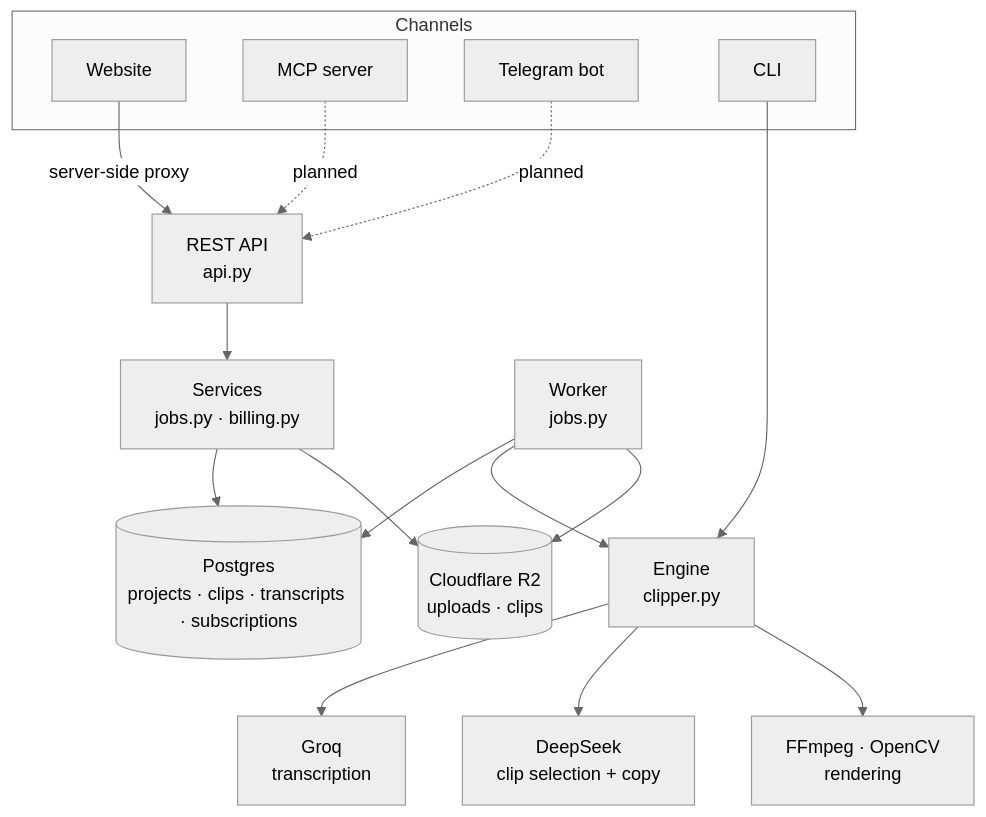
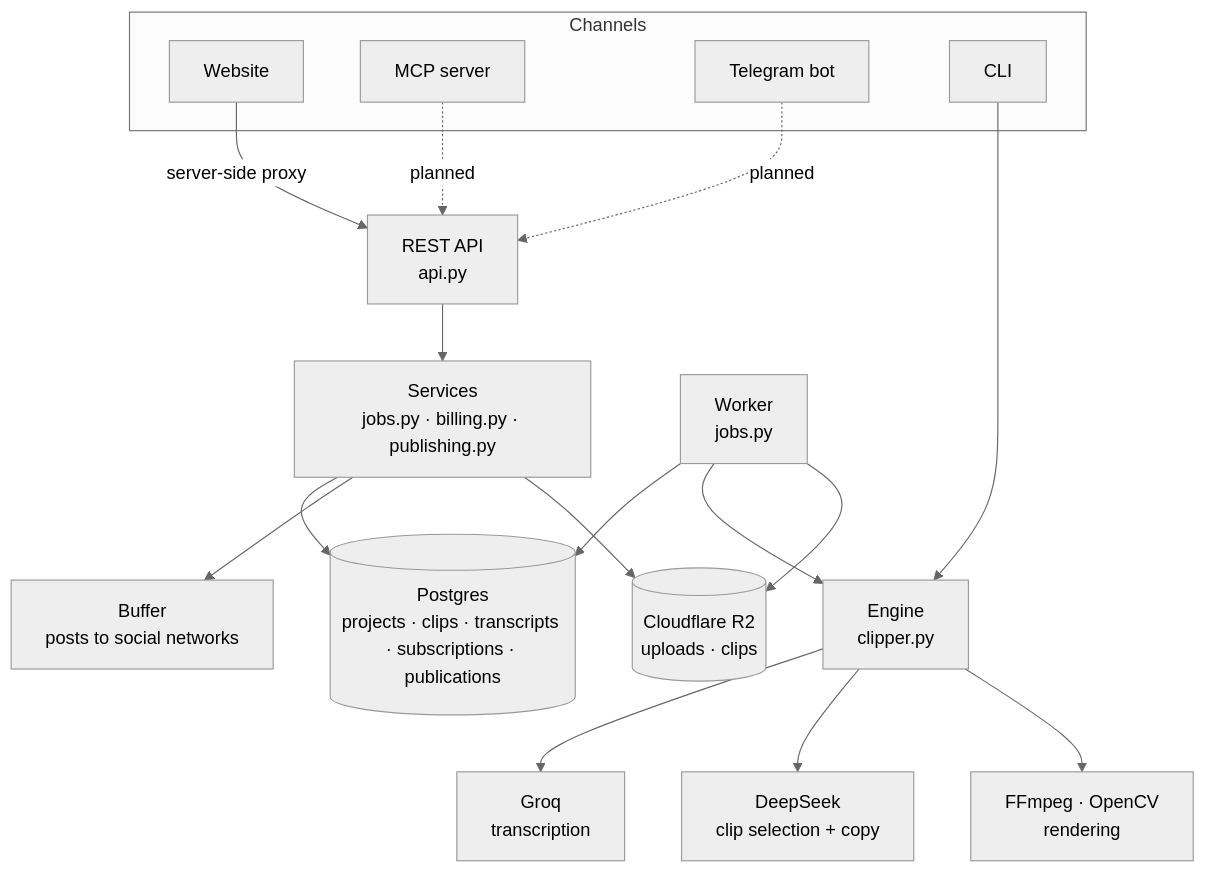
One commit to HasbiyallahuJafaru/ClipperAi changed the second of 2 diagrams in README.md. Above: the diagram before and after it, drawn with Mermaid (neutral theme). The commit also changed other lines of this file and 21 other files, not shown here.

First line of the commit message:
Publishing through Buffer: publish and schedule approved clips (phase 6)

````diff
--- a/README.md
+++ b/README.md
@@ -98,22 +99,23 @@
 ```mermaid
 flowchart TB
     subgraph Channels
         W[Website]
         M[MCP server]
         T[Telegram bot]
         CLI[CLI]
     end
     W -->|server-side proxy| API
     M -. planned .-> API
     T -. planned .-> API
-    API[REST API<br/>api.py] --> S[Services<br/>jobs.py · billing.py]
-    S --> PG[(Postgres<br/>projects · clips · transcripts · subscriptions)]
+    API[REST API<br/>api.py] --> S[Services<br/>jobs.py · billing.py · publishing.py]
+    S --> PG[(Postgres<br/>projects · clips · transcripts · subscriptions · publications)]
+    S --> BUF[Buffer<br/>posts to social networks]
     WK[Worker<br/>jobs.py] --> PG
     WK --> ENG[Engine<br/>clipper.py]
     CLI --> ENG
     ENG --> GQ[Groq<br/>transcription]
     ENG --> DS[DeepSeek<br/>clip selection + copy]
     ENG --> FF[FFmpeg · OpenCV<br/>rendering]
     WK --> R2[(Cloudflare R2<br/>uploads · clips)]
     S --> R2
 ```
````
